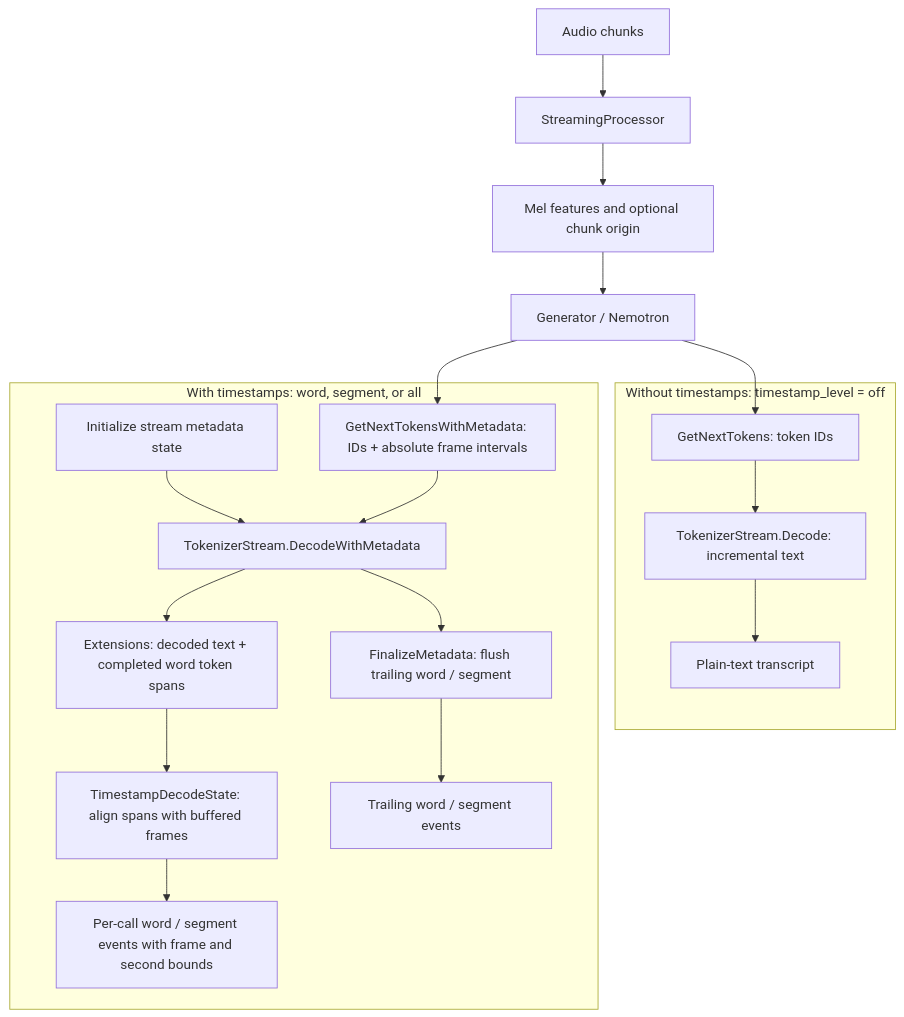
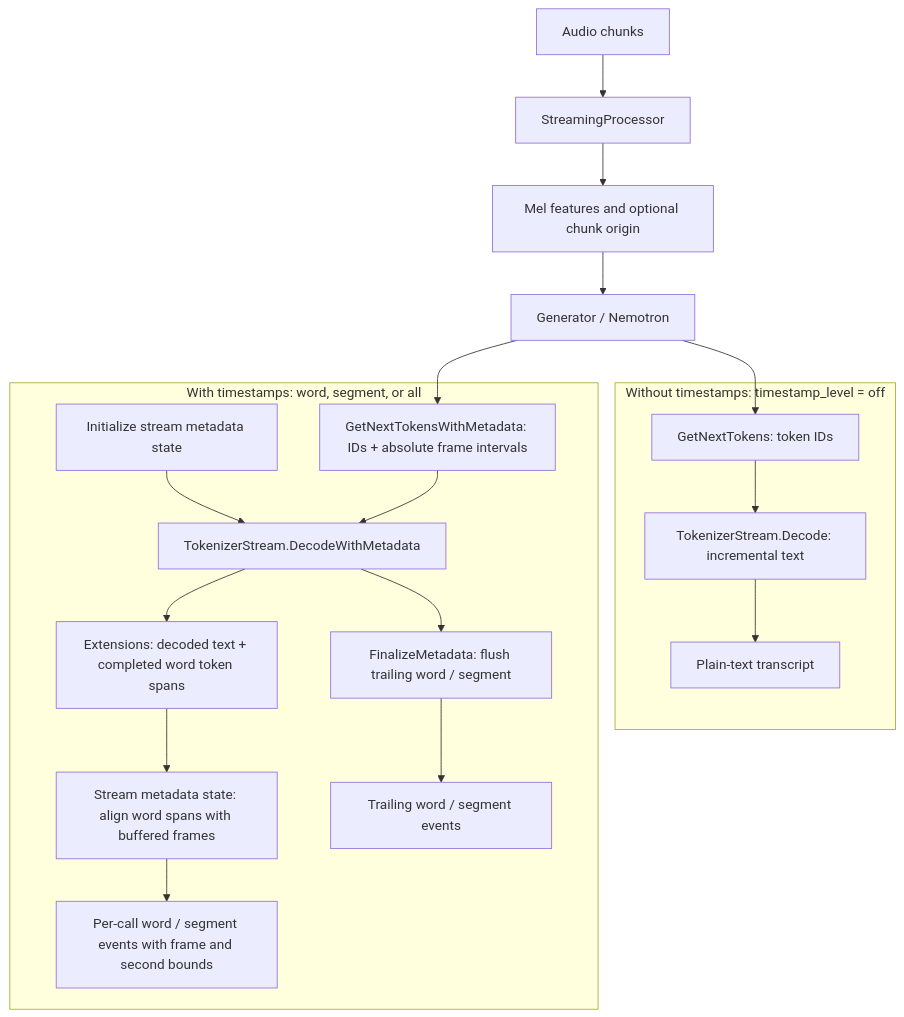
One commit to microsoft/onnxruntime-genai changed the diagram in docs/nemotron_speech_timestamps.md. Above: the diagram before and after it, drawn with Mermaid. The commit also changed other lines of this file and 11 other files, not shown here.

````diff
--- a/docs/nemotron_speech_timestamps.md
+++ b/docs/nemotron_speech_timestamps.md
@@ -50,24 +50,24 @@
 ```mermaid
 flowchart TB
   audio[Audio chunks] --> processor[StreamingProcessor]
   processor --> features[Mel features and optional chunk origin]
   features --> generator[Generator / Nemotron]
 
   subgraph plain[Without timestamps: timestamp_level = off]
     ids[GetNextTokens: token IDs] --> decode[TokenizerStream.Decode: incremental text]
     decode --> transcript[Plain-text transcript]
   end
 
   subgraph timed[With timestamps: word, segment, or all]
     setup[Initialize stream metadata state] --> stream
     timed_tokens[GetNextTokensWithMetadata: IDs + absolute frame intervals] --> stream[TokenizerStream.DecodeWithMetadata]
     stream --> ortx[Extensions: decoded text + completed word token spans]
-    ortx --> align[TimestampDecodeState: align spans with buffered frames]
+    ortx --> align[Stream metadata state: align word spans with buffered frames]
     align --> events[Per-call word / segment events with frame and second bounds]
     stream --> final[FinalizeMetadata: flush trailing word / segment]
     final --> trailing[Trailing word / segment events]
   end
 
   generator --> ids
   generator --> timed_tokens
 ```
````
